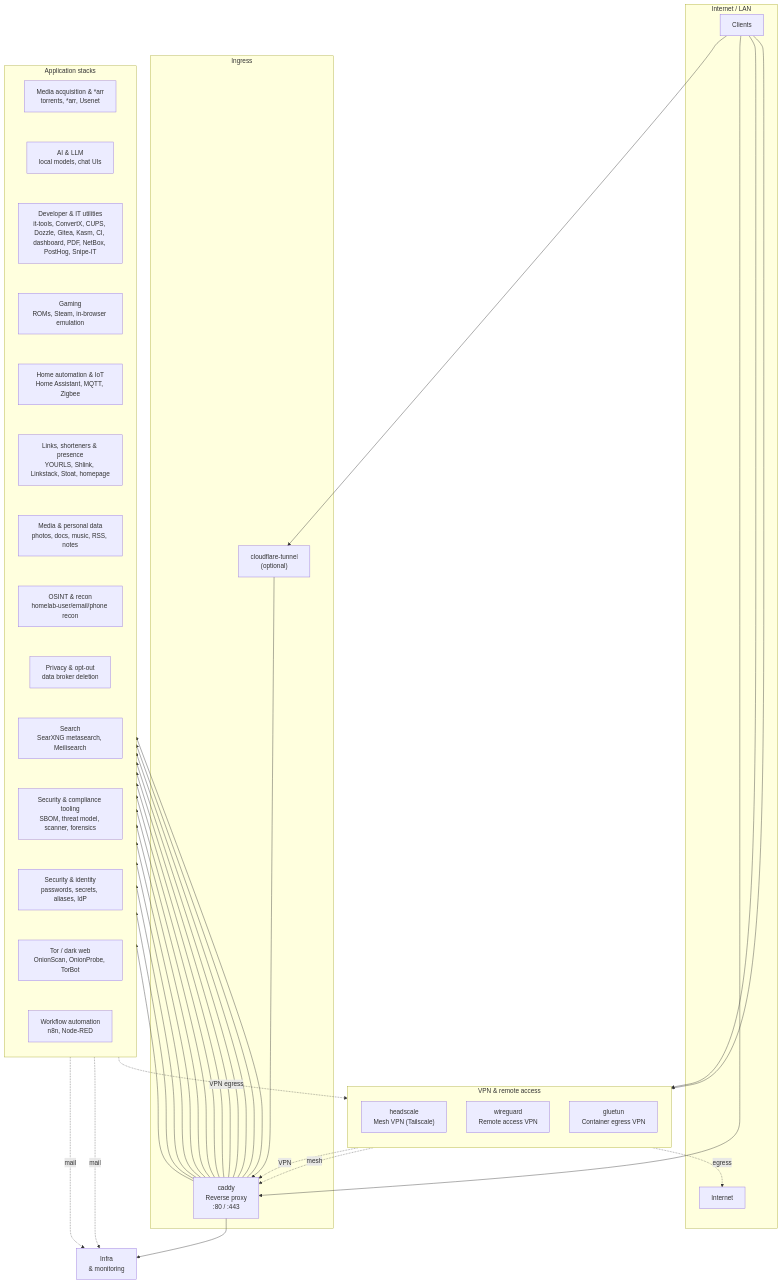
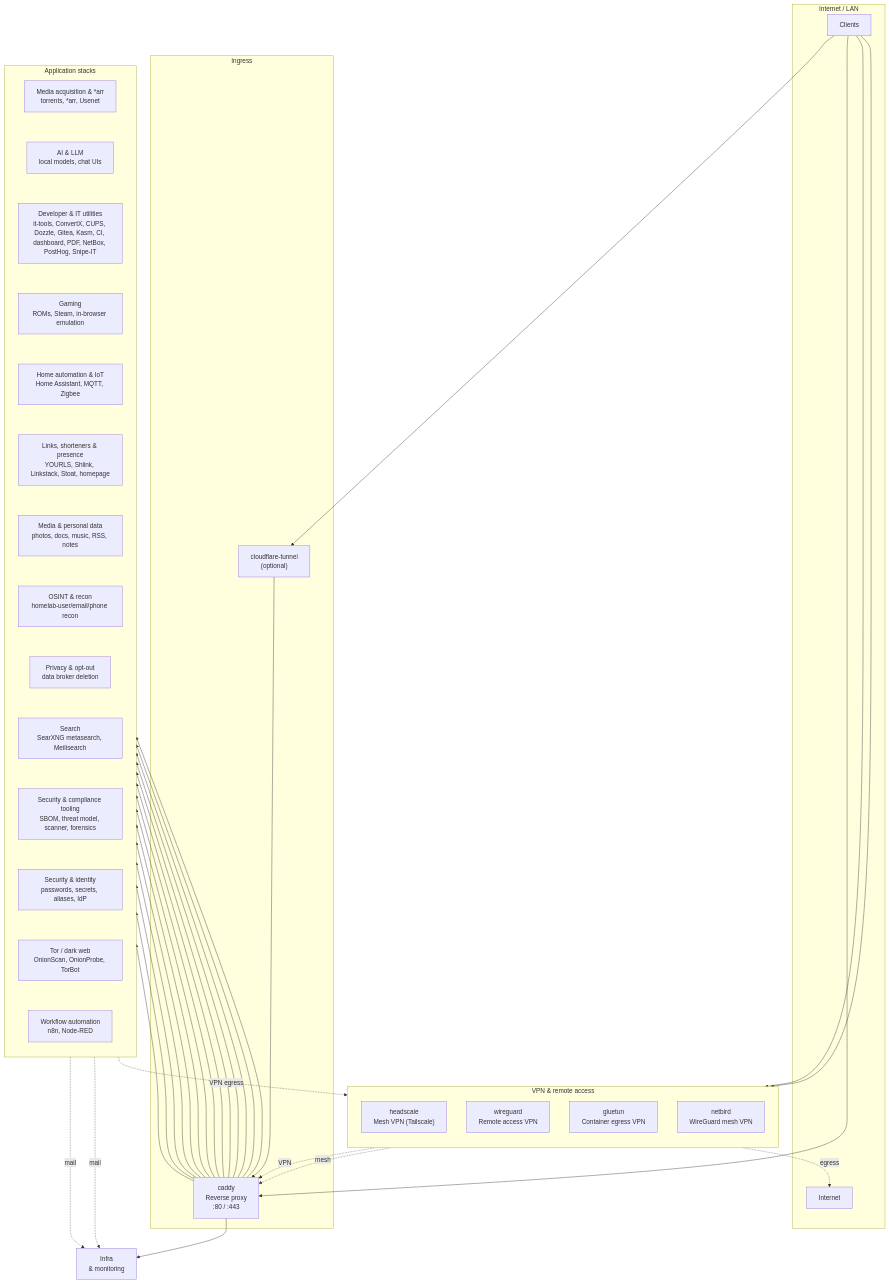
One commit to bolens/homelab changed the first of 2 diagrams in README.md. Above: the diagram before and after it, drawn with Mermaid. The commit also changed other lines of this file and 376 other files, not shown here.

```diff
--- a/README.md
+++ b/README.md
@@ -40,6 +40,8 @@
 Remote access VPN`"]
         gluetun["`gluetun
 Container egress VPN`"]
+        netbird["`netbird
+WireGuard mesh VPN`"]
     end
 
     internet ~~~ ingress ~~~ vpn
```
